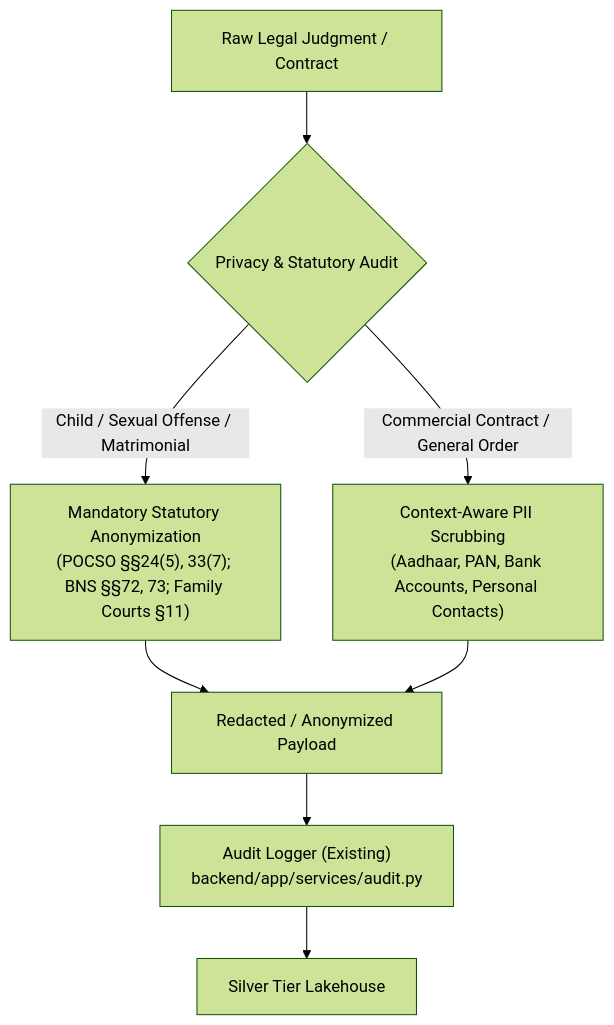
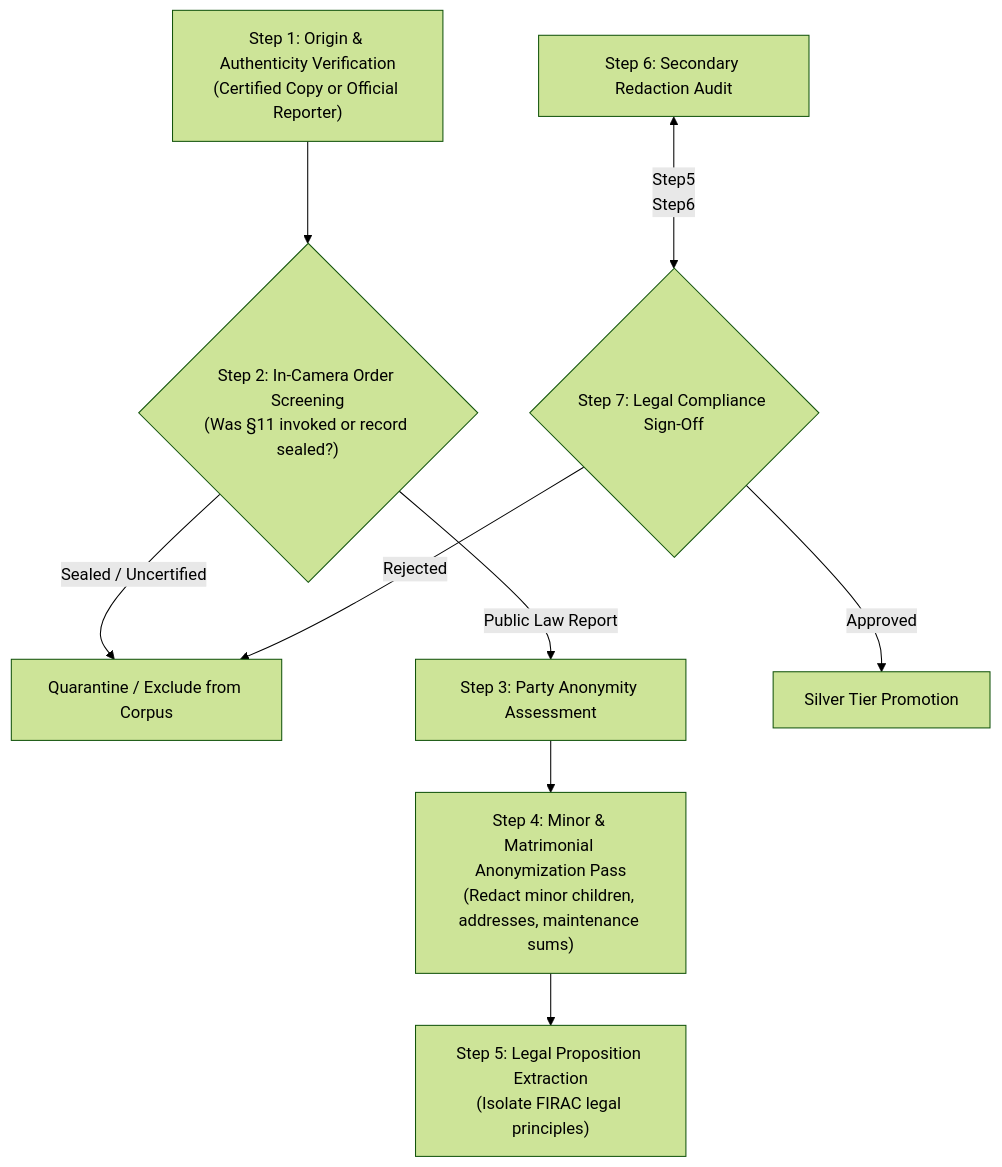
The second of 3 diagrams in 13_DATA_PRIVACY_AND_GOVERNANCE.md (Yatharthnagpal/review), drawn with Mermaid (forest theme) before and after one commit. The commit also changed other lines of this file and 19 other files, not shown here.

````diff
--- a/13_DATA_PRIVACY_AND_GOVERNANCE.md
+++ b/13_DATA_PRIVACY_AND_GOVERNANCE.md
@@ -22,13 +67,14 @@
 ```mermaid
 flowchart TD
-    RawInput["Raw Legal Judgment / Contract"] --> PrivacyScanner{"Privacy & Statutory Audit"}
+    Step1["Step 1: Origin & Authenticity Verification<br/>(Certified Copy or Official Reporter)"] --> Step2{"Step 2: In-Camera Order Screening<br/>(Was §11 invoked or record sealed?)"}
     
-    PrivacyScanner -->|"Child / Sexual Offense / Matrimonial"| StrictAnonymize["Mandatory Statutory Anonymization<br/>(POCSO §§24(5), 33(7); BNS §§72, 73; Family Courts §11)"]
-    PrivacyScanner -->|"Commercial Contract / General Order"| ContextPIIScrub["Context-Aware PII Scrubbing<br/>(Aadhaar, PAN, Bank Accounts, Personal Contacts)"]
+    Step2 -->|"Sealed / Uncertified"| Exclude["Quarantine / Exclude from Corpus"]
+    Step2 -->|"Public Law Report"| Step3["Step 3: Party Anonymity Assessment"]
     
-    StrictAnonymize --> ScrubbedStream["Redacted / Anonymized Payload"]
-    ContextPIIScrub --> ScrubbedStream
-    
-    ScrubbedStream --> AuditLog["Audit Logger (Existing)<br/>backend/app/services/audit.py"]
-    AuditLog --> SilverStore["Silver Tier Lakehouse"]
+    Step3 --> Step4["Step 4: Minor & Matrimonial Anonymization Pass<br/>(Redact minor children, addresses, maintenance sums)"]
+    Step4 --> Step5["Step 5: Legal Proposition Extraction<br/>(Isolate FIRAC legal principles)"]
+    Step6["Step 6: Secondary Redaction Audit"] <-- Step5
+    Step6 --> Step7{"Step 7: Legal Compliance Sign-Off"}
+    Step7 -->|"Approved"| SilverStore["Silver Tier Promotion"]
+    Step7 -->|"Rejected"| Exclude
 ```
````
